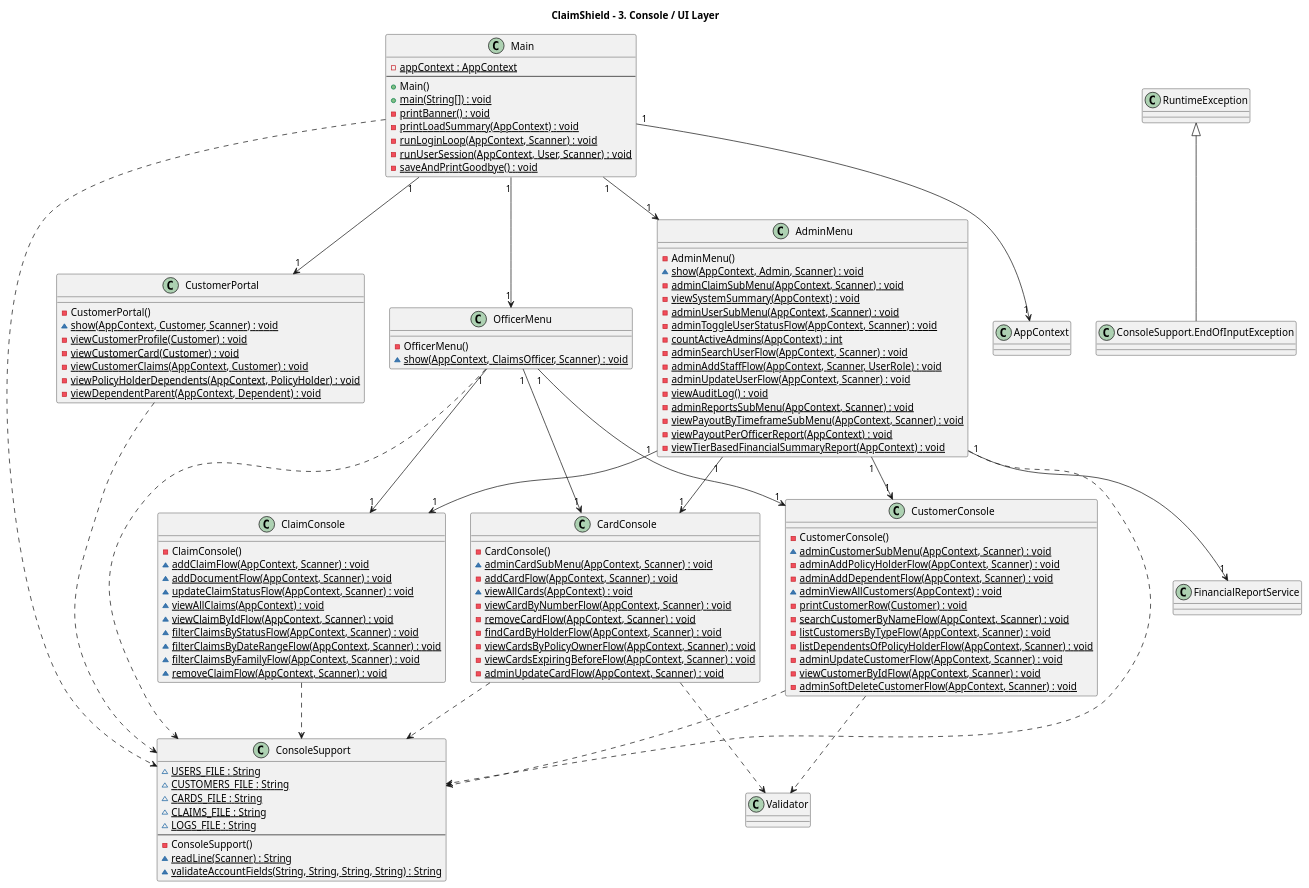
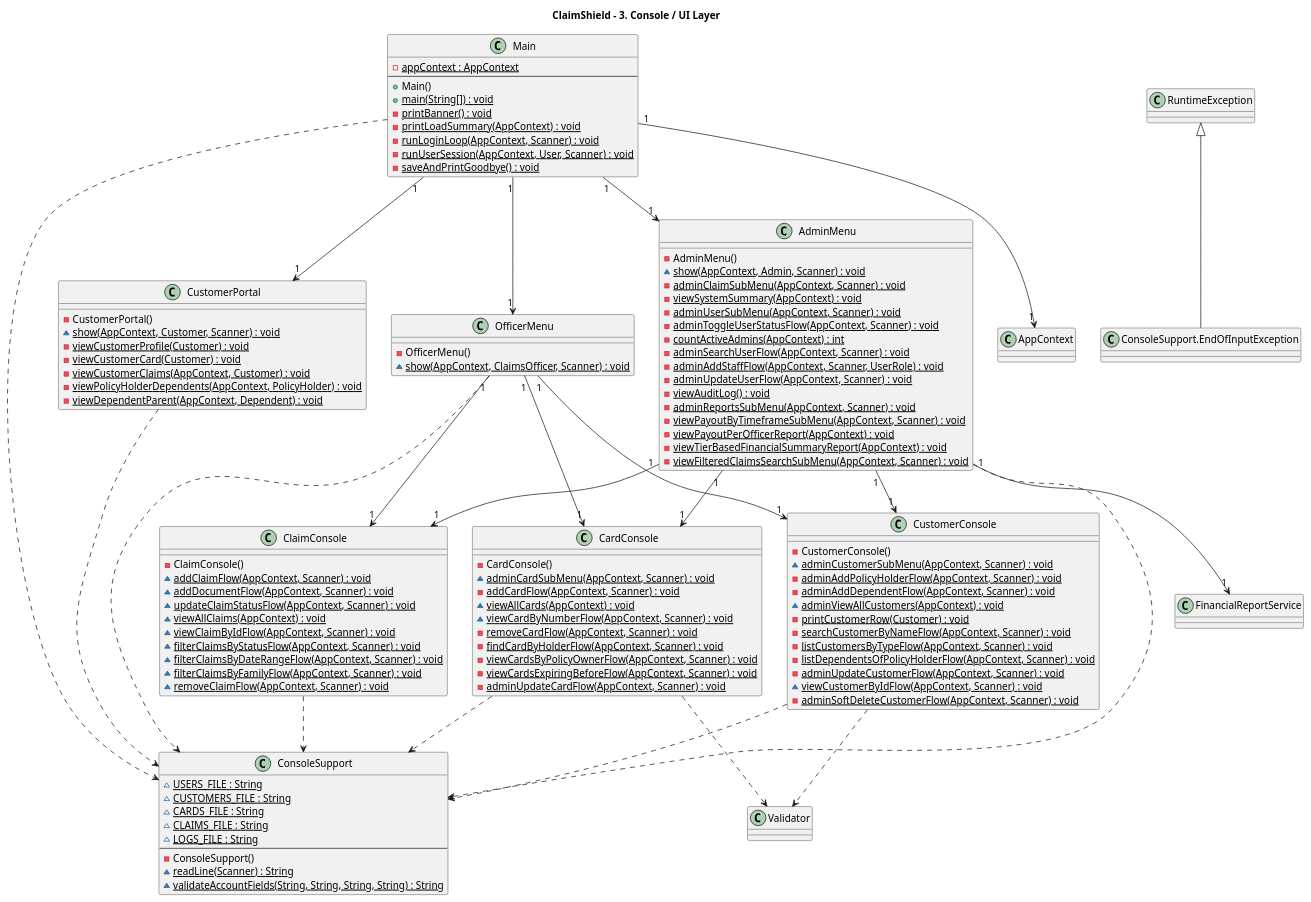
One commit to RMIT-Vietnam-Teaching/java-console-application-part-1-s4113887rmit changed the third of 3 diagrams in docs/class_diagram.puml. Above: the diagram before and after it, drawn with PlantUML. The commit also changed other lines of this file and 21 other files, not shown here.

Commit message:
Complete Milestone 2 enhancements: add InvalidDocumentNameException, informative file-loading warnings, full tier & timeframe sample data, and update high-res UML diagrams

```diff
--- a/docs/class_diagram.puml
+++ b/docs/class_diagram.puml
@@ -516,130 +525,131 @@
 @startuml ClaimShield_Console_Layer
 title ClaimShield - 3. Console / UI Layer
 
 class Main {
     -appContext : AppContext {static}
     --
     +Main()
     +main(String[]) : void {static}
     -printBanner() : void {static}
     -printLoadSummary(AppContext) : void {static}
     -runLoginLoop(AppContext, Scanner) : void {static}
     -runUserSession(AppContext, User, Scanner) : void {static}
     -saveAndPrintGoodbye() : void {static}
 }
 
 class ConsoleSupport {
     ~USERS_FILE : String {static}
     ~CUSTOMERS_FILE : String {static}
     ~CARDS_FILE : String {static}
     ~CLAIMS_FILE : String {static}
     ~LOGS_FILE : String {static}
     --
     -ConsoleSupport()
     ~readLine(Scanner) : String {static}
     ~validateAccountFields(String, String, String, String) : String {static}
 }
 
 class "ConsoleSupport.EndOfInputException" as EndOfInputException extends RuntimeException {
 }
 
 class AdminMenu {
     -AdminMenu()
     ~show(AppContext, Admin, Scanner) : void {static}
     -adminClaimSubMenu(AppContext, Scanner) : void {static}
     -viewSystemSummary(AppContext) : void {static}
     -adminUserSubMenu(AppContext, Scanner) : void {static}
     -adminToggleUserStatusFlow(AppContext, Scanner) : void {static}
     -countActiveAdmins(AppContext) : int {static}
     -adminSearchUserFlow(AppContext, Scanner) : void {static}
     -adminAddStaffFlow(AppContext, Scanner, UserRole) : void {static}
     -adminUpdateUserFlow(AppContext, Scanner) : void {static}
     -viewAuditLog() : void {static}
     -adminReportsSubMenu(AppContext, Scanner) : void {static}
     -viewPayoutByTimeframeSubMenu(AppContext, Scanner) : void {static}
     -viewPayoutPerOfficerReport(AppContext) : void {static}
     -viewTierBasedFinancialSummaryReport(AppContext) : void {static}
+    -viewFilteredClaimsSearchSubMenu(AppContext, Scanner) : void {static}
 }
 
 class OfficerMenu {
     -OfficerMenu()
     ~show(AppContext, ClaimsOfficer, Scanner) : void {static}
 }
 
 class CustomerPortal {
     -CustomerPortal()
     ~show(AppContext, Customer, Scanner) : void {static}
     -viewCustomerProfile(Customer) : void {static}
     -viewCustomerCard(Customer) : void {static}
     -viewCustomerClaims(AppContext, Customer) : void {static}
     -viewPolicyHolderDependents(AppContext, PolicyHolder) : void {static}
     -viewDependentParent(AppContext, Dependent) : void {static}
 }
 
 class CustomerConsole {
     -CustomerConsole()
     ~adminCustomerSubMenu(AppContext, Scanner) : void {static}
     -adminAddPolicyHolderFlow(AppContext, Scanner) : void {static}
     -adminAddDependentFlow(AppContext, Scanner) : void {static}
     ~adminViewAllCustomers(AppContext) : void {static}
     -printCustomerRow(Customer) : void {static}
     -searchCustomerByNameFlow(AppContext, Scanner) : void {static}
     -listCustomersByTypeFlow(AppContext, Scanner) : void {static}
     -listDependentsOfPolicyHolderFlow(AppContext, Scanner) : void {static}
     -adminUpdateCustomerFlow(AppContext, Scanner) : void {static}
-    -viewCustomerByIdFlow(AppContext, Scanner) : void {static}
+    ~viewCustomerByIdFlow(AppContext, Scanner) : void {static}
     -adminSoftDeleteCustomerFlow(AppContext, Scanner) : void {static}
 }
 
 class CardConsole {
     -CardConsole()
     ~adminCardSubMenu(AppContext, Scanner) : void {static}
     -addCardFlow(AppContext, Scanner) : void {static}
     ~viewAllCards(AppContext) : void {static}
-    -viewCardByNumberFlow(AppContext, Scanner) : void {static}
+    ~viewCardByNumberFlow(AppContext, Scanner) : void {static}
     -removeCardFlow(AppContext, Scanner) : void {static}
     -findCardByHolderFlow(AppContext, Scanner) : void {static}
     -viewCardsByPolicyOwnerFlow(AppContext, Scanner) : void {static}
     -viewCardsExpiringBeforeFlow(AppContext, Scanner) : void {static}
     -adminUpdateCardFlow(AppContext, Scanner) : void {static}
 }
 
 class ClaimConsole {
     -ClaimConsole()
     ~addClaimFlow(AppContext, Scanner) : void {static}
     ~addDocumentFlow(AppContext, Scanner) : void {static}
     ~updateClaimStatusFlow(AppContext, Scanner) : void {static}
     ~viewAllClaims(AppContext) : void {static}
     ~viewClaimByIdFlow(AppContext, Scanner) : void {static}
     ~filterClaimsByStatusFlow(AppContext, Scanner) : void {static}
     ~filterClaimsByDateRangeFlow(AppContext, Scanner) : void {static}
     ~filterClaimsByFamilyFlow(AppContext, Scanner) : void {static}
     ~removeClaimFlow(AppContext, Scanner) : void {static}
 }
 
 
 Main            "1"  -->  "1"  AppContext
 Main            "1"  -->  "1"  AdminMenu
 Main            "1"  -->  "1"  OfficerMenu
 Main            "1"  -->  "1"  CustomerPortal
 
 AdminMenu       "1"  -->  "1"  CustomerConsole
 AdminMenu       "1"  -->  "1"  CardConsole
 AdminMenu       "1"  -->  "1"  ClaimConsole
 AdminMenu       "1"  -->  "1"  FinancialReportService
 OfficerMenu     "1"  -->  "1"  CustomerConsole
 OfficerMenu     "1"  -->  "1"  CardConsole
 OfficerMenu     "1"  -->  "1"  ClaimConsole
 
 Main            ..>  ConsoleSupport
 AdminMenu       ..>  ConsoleSupport
 OfficerMenu     ..>  ConsoleSupport
 CustomerPortal  ..>  ConsoleSupport
 CustomerConsole ..>  ConsoleSupport
 CardConsole     ..>  ConsoleSupport
 ClaimConsole    ..>  ConsoleSupport
 
 CustomerConsole ..>  Validator
 CardConsole     ..>  Validator
 
 @enduml
```
